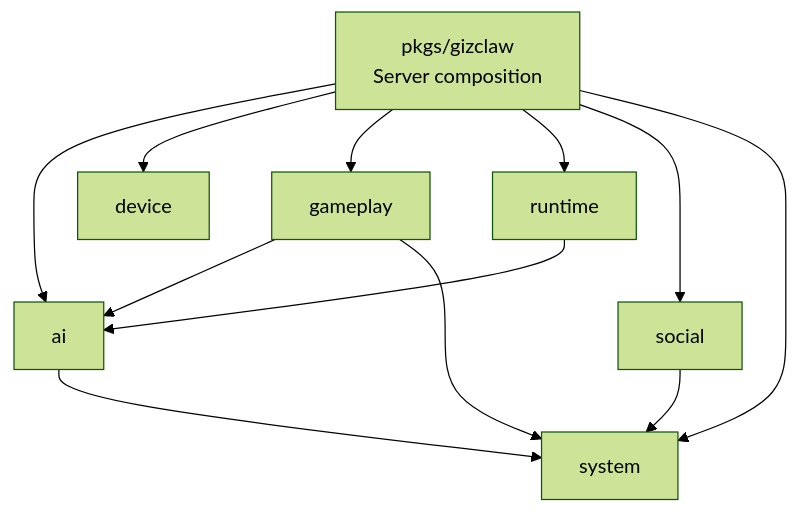
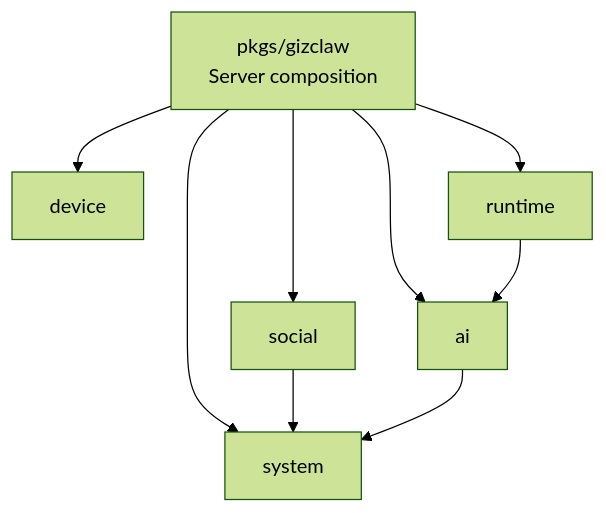
Before and after one commit to GizClaw/gizclaw: the diagram in guides/en/developing/gizclaw/services/overview.md, drawn with Mermaid (forest theme). The commit also changed other lines of this file and 348 other files, not shown here.

````diff
--- a/guides/en/developing/gizclaw/services/overview.md
+++ b/guides/en/developing/gizclaw/services/overview.md
@@ -21,14 +20,11 @@
 ```mermaid
 flowchart TB
     Root["pkgs/gizclaw<br/>Server composition"] --> AI["ai"]
     Root --> Device["device"]
-    Root --> Gameplay["gameplay"]
     Root --> Runtime["runtime"]
     Root --> Social["social"]
     Root --> System["system"]
     Runtime --> AI
-    Gameplay --> AI
-    Gameplay --> System
     Social --> System
     AI --> System
 ```
````
